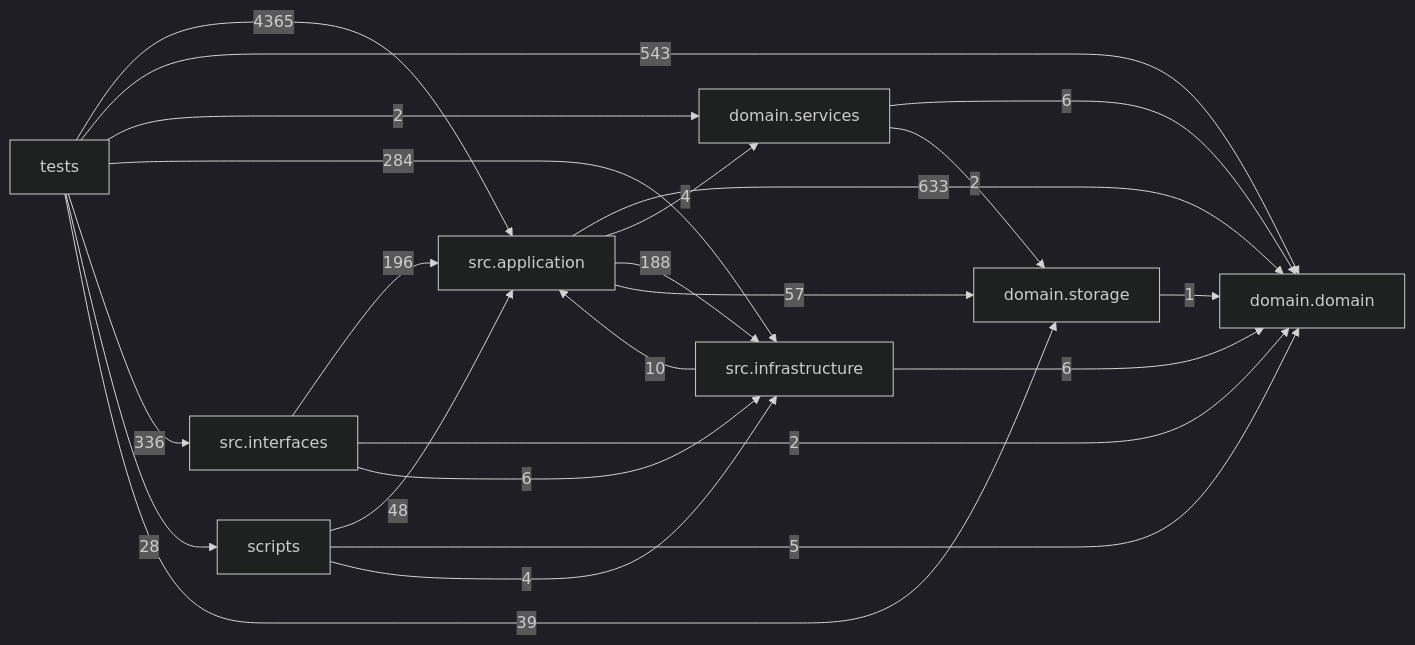
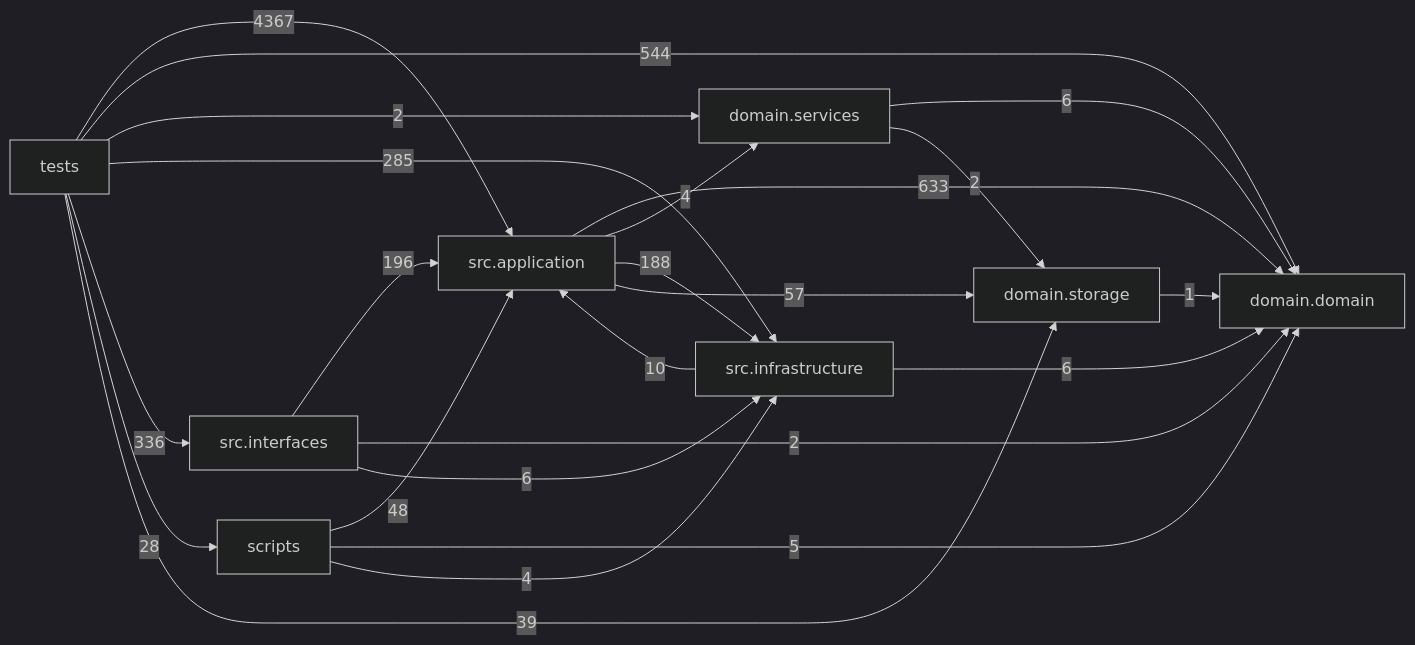
One commit to liuxie066/options-monitor changed the diagram in docs/DEPENDENCY_GRAPH.md. Above: the diagram before and after it, drawn with Mermaid (dark theme). The commit also changed other lines of this file and 7 other files, not shown here.

````diff
--- a/docs/DEPENDENCY_GRAPH.md
+++ b/docs/DEPENDENCY_GRAPH.md
@@ -24,33 +24,33 @@
 ```mermaid
 flowchart LR
   tests["tests"]
   scripts["scripts"]
   interfaces["src.interfaces"]
   application["src.application"]
   infrastructure["src.infrastructure"]
   domain_services["domain.services"]
   domain["domain.domain"]
   storage["domain.storage"]
   application -->|633| domain
   application -->|4| domain_services
   application -->|188| infrastructure
   application -->|57| storage
   domain_services -->|6| domain
   domain_services -->|2| storage
   infrastructure -->|10| application
   infrastructure -->|6| domain
   interfaces -->|196| application
   interfaces -->|2| domain
   interfaces -->|6| infrastructure
   scripts -->|48| application
   scripts -->|5| domain
   scripts -->|4| infrastructure
   storage -->|1| domain
-  tests -->|4365| application
-  tests -->|543| domain
+  tests -->|4367| application
+  tests -->|544| domain
   tests -->|2| domain_services
-  tests -->|284| infrastructure
+  tests -->|285| infrastructure
   tests -->|336| interfaces
   tests -->|28| scripts
   tests -->|39| storage
 ```
````
